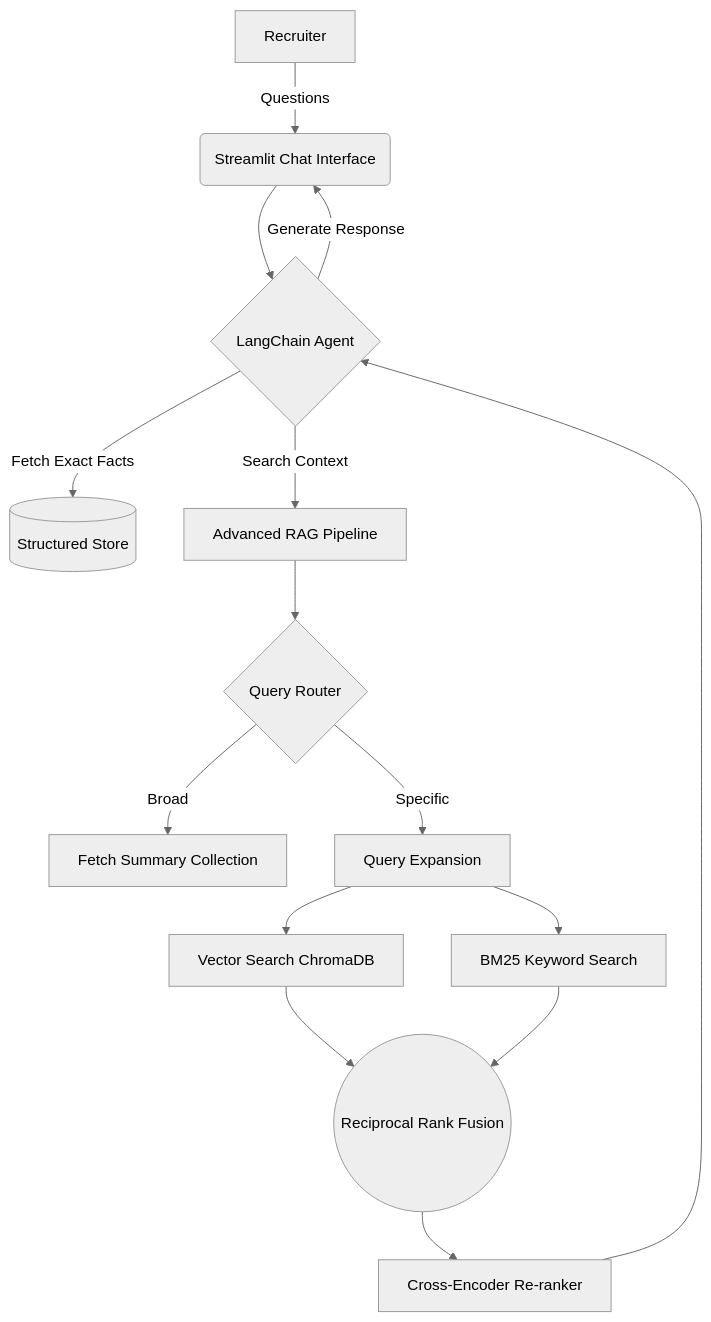
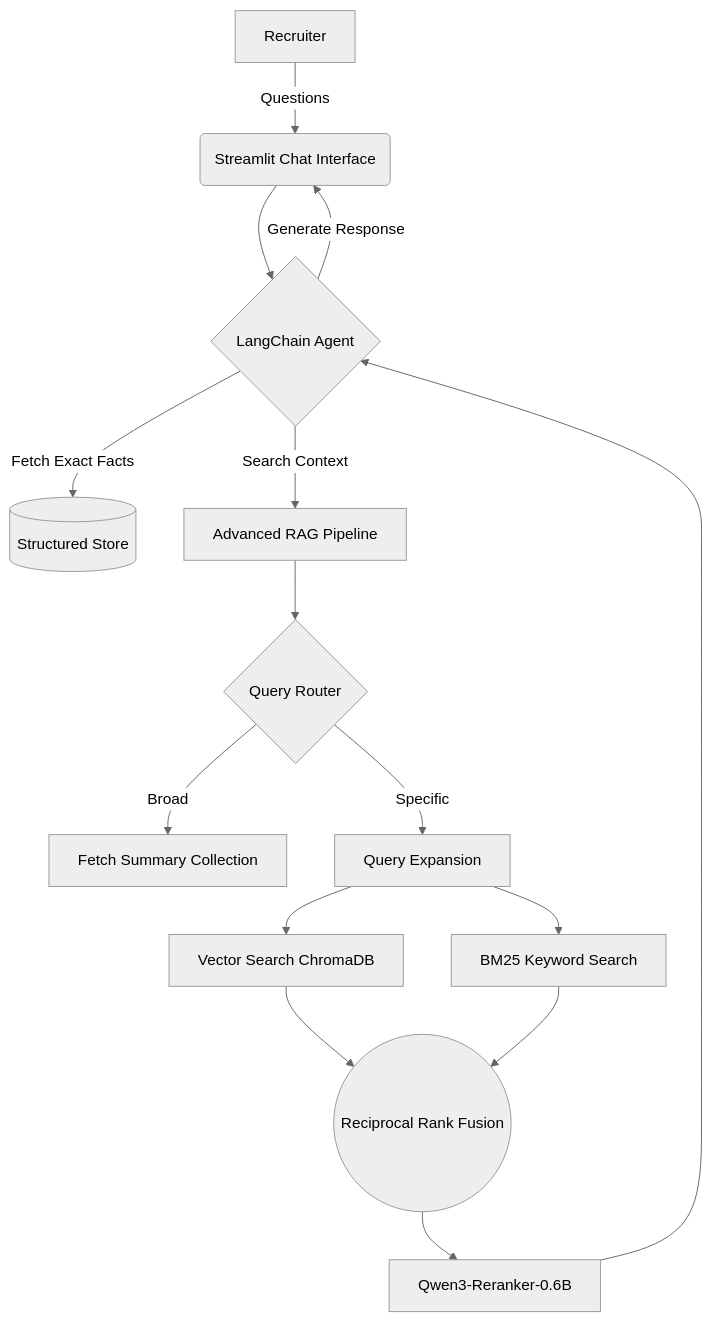
The diagram in README.md (OfirOhan/ai-candidate-agent), drawn with Mermaid (neutral theme) before and after one commit. The commit also changed other lines of this file and 3 other files, not shown here.

````diff
--- a/README.md
+++ b/README.md
@@ -77,22 +100,22 @@
 ```mermaid
 graph TD;
     A[Recruiter] -->|Questions| B(Streamlit Chat Interface);
     B --> C{LangChain Agent};
     C -->|Fetch Exact Facts| D[(Structured Store)];
     C -->|Search Context| E[Advanced RAG Pipeline];
     
     E --> F{Query Router};
     F -->|Broad| G[Fetch Summary Collection];
     F -->|Specific| H[Query Expansion];
     
     H --> I[Vector Search ChromaDB];
     H --> J[BM25 Keyword Search];
     
     I --> K((Reciprocal Rank Fusion));
     J --> K;
     
-    K --> L[Cross-Encoder Re-ranker];
+    K --> L[Qwen3-Reranker-0.6B];
     L --> C;
     
     C -->|Generate Response| B;
 ```
````
